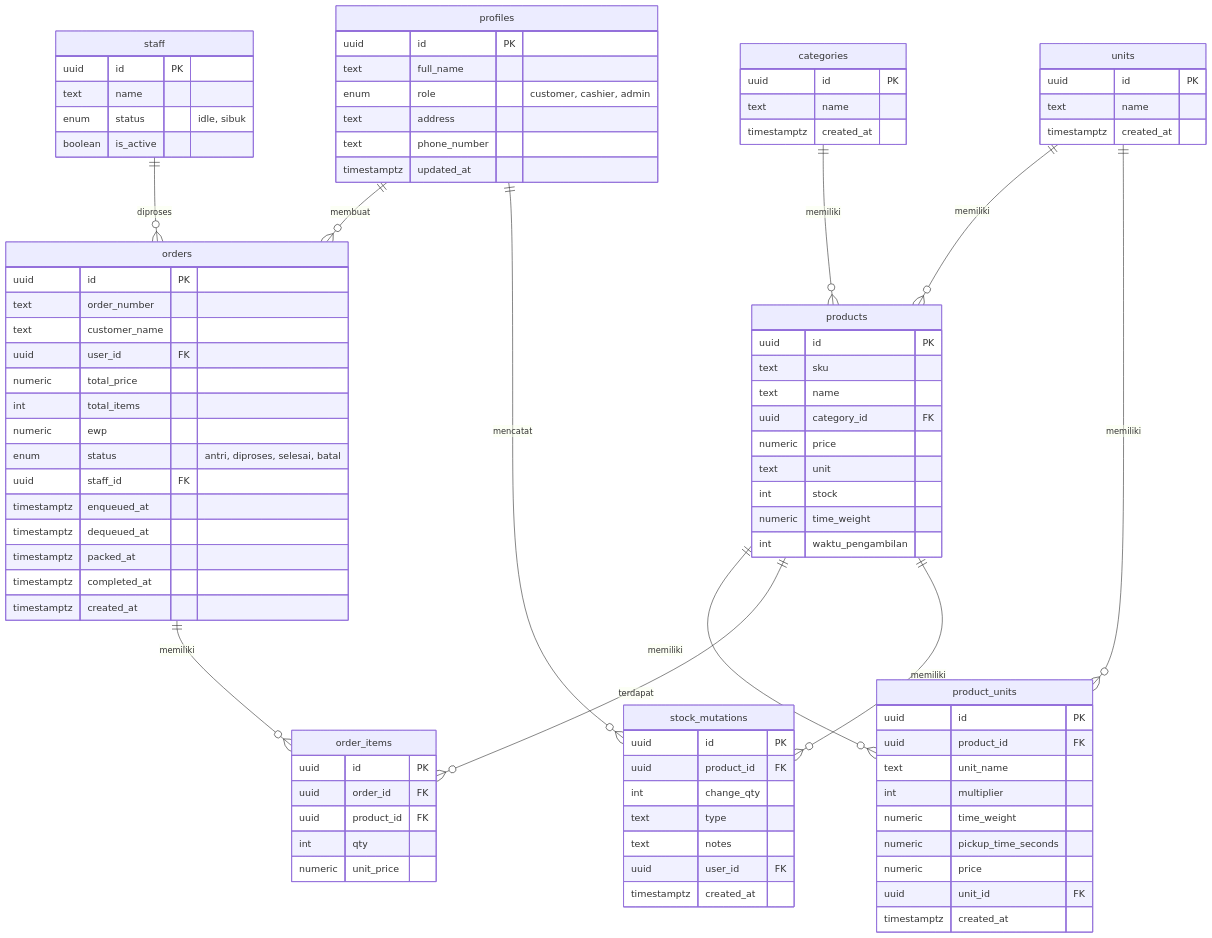
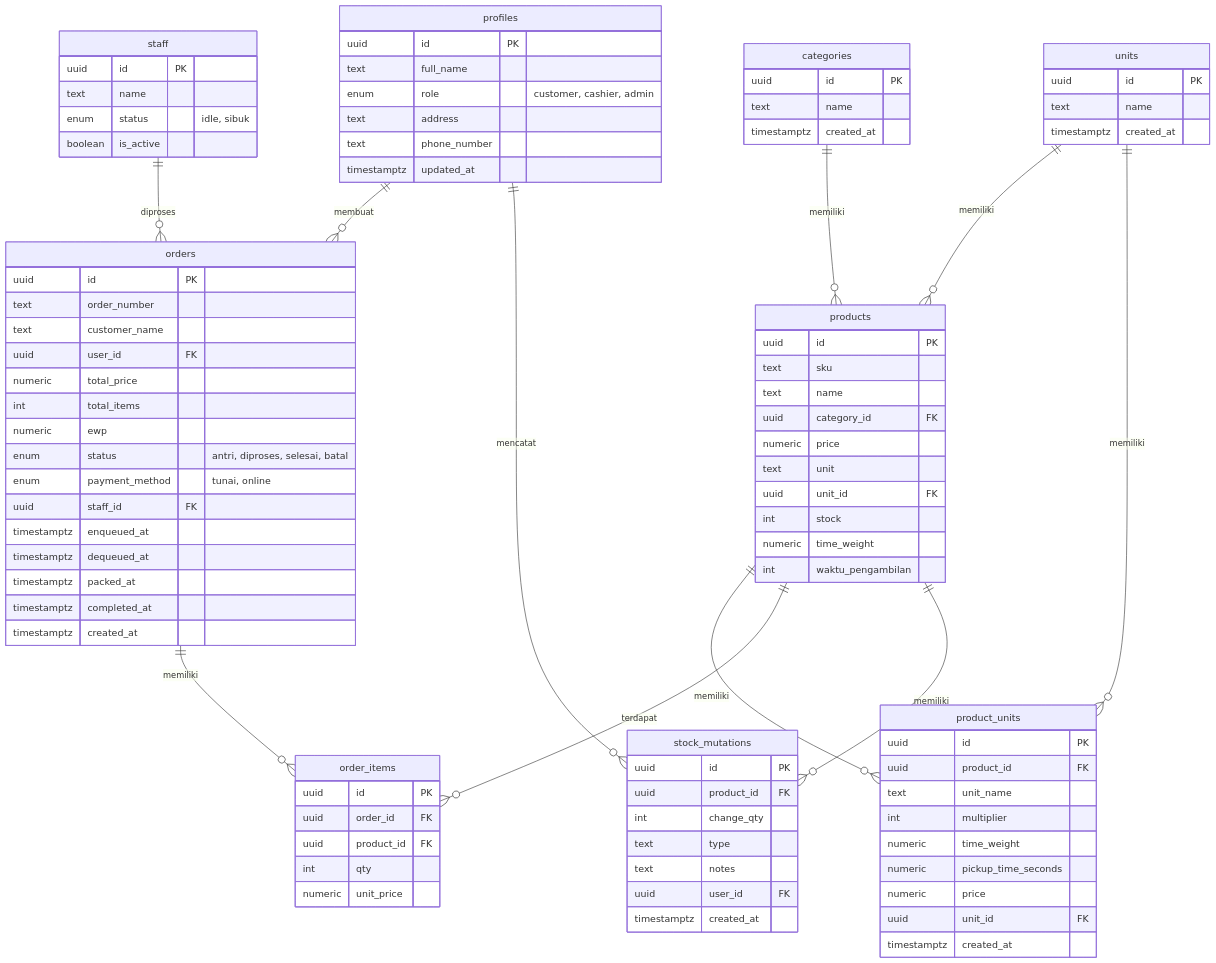
The fourth of 4 diagrams in Dokumen/New/Rancangan.md (Skripsi-Zuyyin-Zafirah/pos_grosir), drawn with Mermaid before and after one commit.

Commit message:
Update Rancangan

```diff
--- a/Dokumen/New/Rancangan.md
+++ b/Dokumen/New/Rancangan.md
@@ -173,6 +173,7 @@
         uuid category_id FK
         numeric price
         text unit
+        uuid unit_id FK
         int stock
         numeric time_weight
         int waktu_pengambilan
@@ -197,6 +198,7 @@
         int total_items
         numeric ewp
         enum status "antri, diproses, selesai, batal"
+        enum payment_method "tunai, online"
         uuid staff_id FK
         timestamptz enqueued_at
         timestamptz dequeued_at
```
